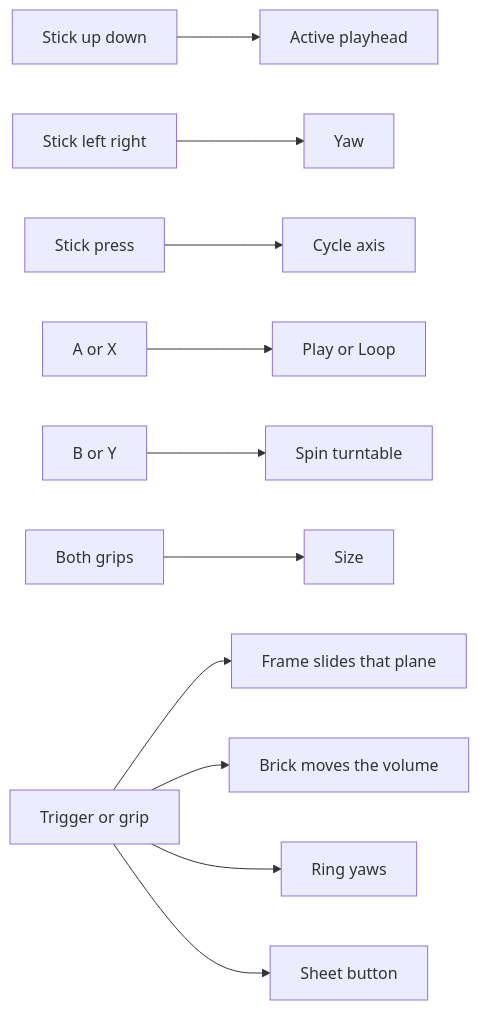
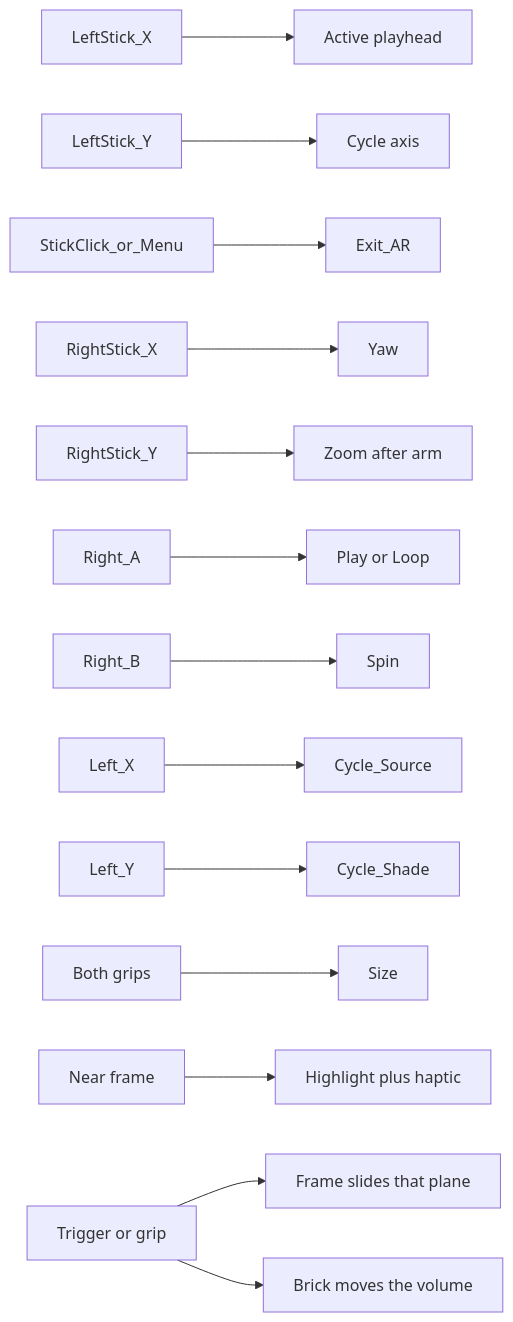
One commit to PiMaV/DONNER changed diagram 38 of 40 in architecture.md. Above: the diagram before and after it, drawn with Mermaid. The commit also changed other lines of this file and 12 other files, not shown here.

````diff
--- a/architecture.md
+++ b/architecture.md
@@ -1482,20 +1483,28 @@
 ```mermaid
 flowchart LR
-  stickY[Stick up down]
-  stickX[Stick left right]
-  stickClick[Stick press]
-  faceA[A or X]
-  faceB[B or Y]
+  leftX[LeftStick_X]
+  leftY[LeftStick_Y]
+  stickClick[StickClick_or_Menu]
+  rightX[RightStick_X]
+  rightY[RightStick_Y]
+  faceA[Right_A]
+  faceB[Right_B]
+  faceX[Left_X]
+  faceY[Left_Y]
   grips[Both grips]
+  near[Near frame]
   grab[Trigger or grip]
-  stickY --> layer[Active playhead]
-  stickX --> yaw[Yaw]
-  stickClick --> axis[Cycle axis]
+  leftX --> layer[Active playhead]
+  leftY --> axis[Cycle axis]
+  stickClick --> exitAr[Exit_AR]
+  rightX --> yaw[Yaw]
+  rightY --> zoom[Zoom after arm]
   faceA --> play[Play or Loop]
-  faceB --> spin[Spin turntable]
+  faceB --> spin[Spin]
+  faceX --> source[Cycle_Source]
+  faceY --> shade[Cycle_Shade]
   grips --> size[Size]
+  near --> hover[Highlight plus haptic]
   grab --> frame[Frame slides that plane]
   grab --> brick[Brick moves the volume]
-  grab --> ring[Ring yaws]
-  grab --> sheet[Sheet button]
 ```
````
